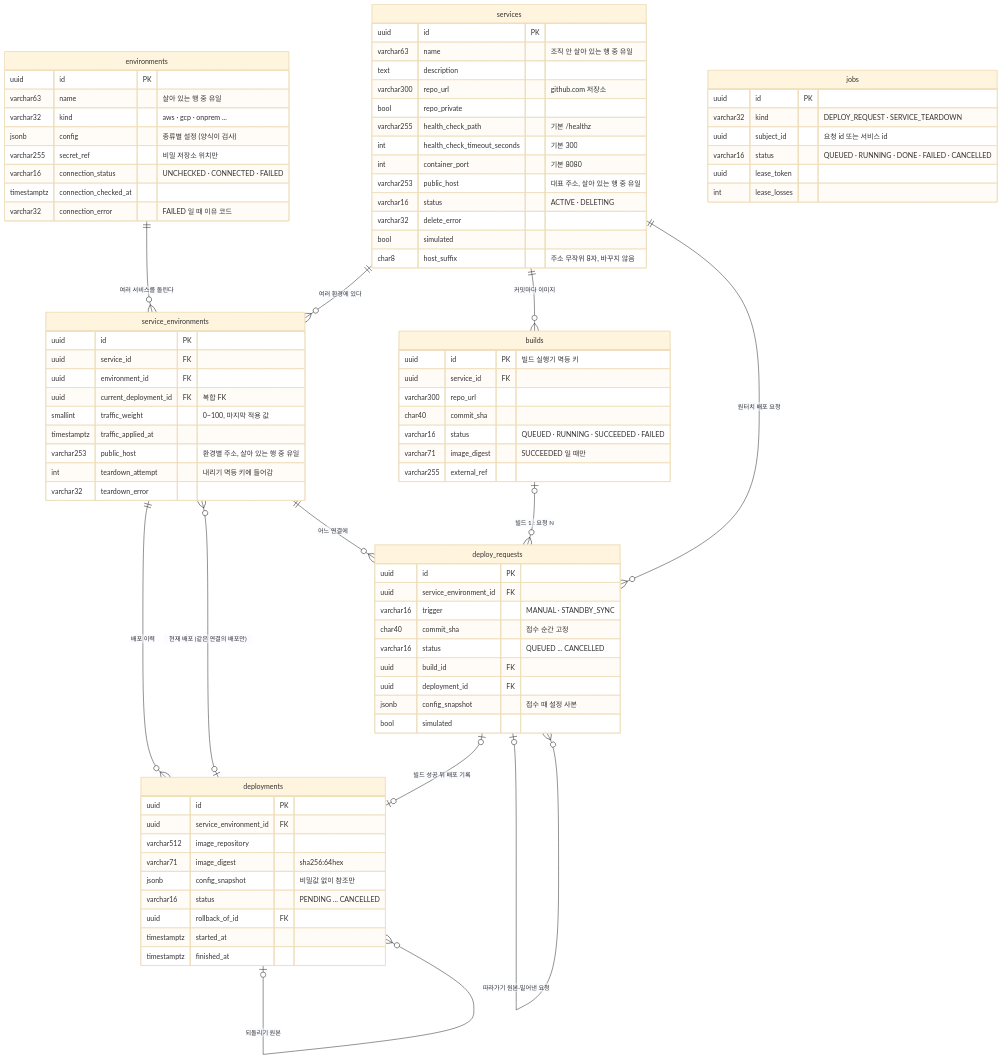
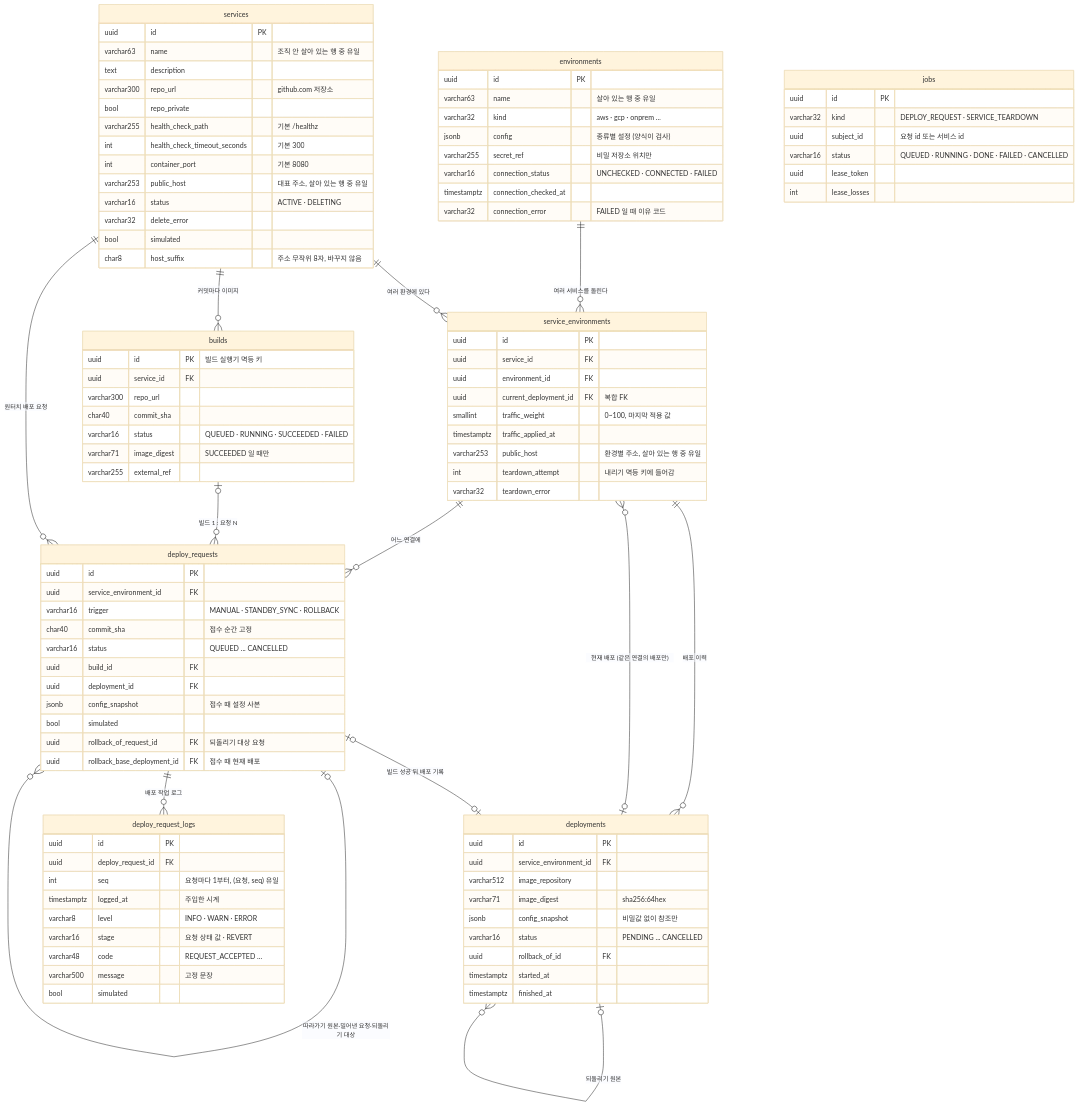
The first of 6 diagrams in docs/schema.md (Softbank-Hackathon-2026-Team-Echo/echo-was), drawn with Mermaid (base theme) before and after one commit. The commit also changed other lines of this file and 6 other files, not shown here.

```diff
--- a/docs/schema.md
+++ b/docs/schema.md
@@ -25,7 +25,8 @@
     service_environments ||--o{ deploy_requests : "어느 연결에"
     builds |o--o{ deploy_requests : "빌드 1 : 요청 N"
     deploy_requests |o--o| deployments : "빌드 성공 뒤 배포 기록"
-    deploy_requests |o--o{ deploy_requests : "따라가기 원본·밀어낸 요청"
+    deploy_requests |o--o{ deploy_requests : "따라가기 원본·밀어낸 요청·되돌리기 대상"
+    deploy_requests ||--o{ deploy_request_logs : "배포 작업 로그"
 
     services {
         uuid id PK
@@ -54,12 +55,25 @@
     deploy_requests {
         uuid id PK
         uuid service_environment_id FK
-        varchar16 trigger "MANUAL · STANDBY_SYNC"
+        varchar16 trigger "MANUAL · STANDBY_SYNC · ROLLBACK"
         char40 commit_sha "접수 순간 고정"
         varchar16 status "QUEUED ... CANCELLED"
         uuid build_id FK
         uuid deployment_id FK
         jsonb config_snapshot "접수 때 설정 사본"
+        bool simulated
+        uuid rollback_of_request_id FK "되돌리기 대상 요청"
+        uuid rollback_base_deployment_id FK "접수 때 현재 배포"
+    }
+    deploy_request_logs {
+        uuid id PK
+        uuid deploy_request_id FK
+        int seq "요청마다 1부터, (요청, seq) 유일"
+        timestamptz logged_at "주입한 시계"
+        varchar8 level "INFO · WARN · ERROR"
+        varchar16 stage "요청 상태 값 · REVERT"
+        varchar48 code "REQUEST_ACCEPTED ..."
+        varchar500 message "고정 문장"
         bool simulated
     }
     jobs {
```
